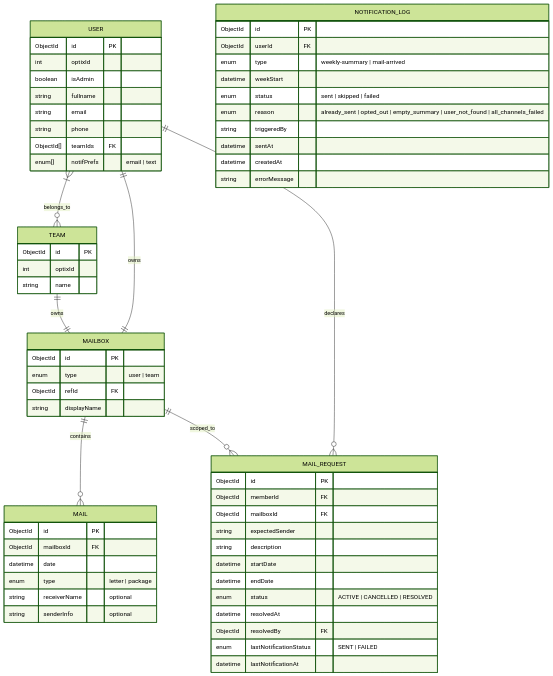
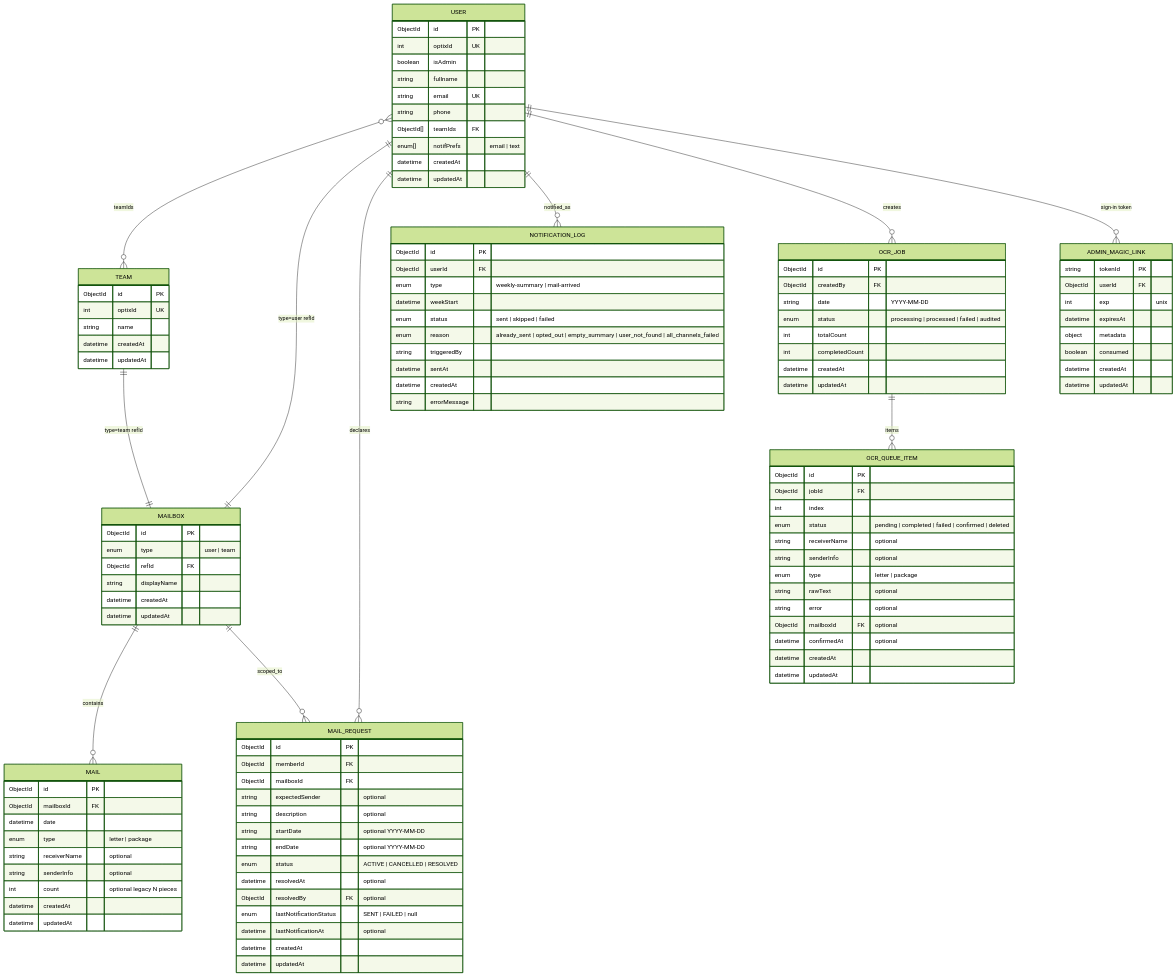
Before and after one commit to CMU-413/avenu: the diagram in docs/01-architecture/diagrams/data-model.mmd, drawn with Mermaid (forest theme). The commit also changed 2 other files, not shown here.

Commit message:
feat(ocr): unify job status to processing|processed|failed|audited
Drop the stray "completed" state from the job-level status model so the
worker, API, frontend, and diagrams all agree on one canonical set.
Item-level statuses (completed|confirmed|deleted) are unchanged.

Made-with: Cursor

```diff
--- a/docs/01-architecture/diagrams/data-model.mmd
+++ b/docs/01-architecture/diagrams/data-model.mmd
@@ -1,72 +1,131 @@
 erDiagram
 
     USER {
         ObjectId id PK
-        int optixId
+        int optixId UK
         boolean isAdmin
         string fullname
-        string email
+        string email UK
         string phone
         ObjectId[] teamIds FK
         enum[] notifPrefs "email | text"
+        datetime createdAt
+        datetime updatedAt
     }
 
     TEAM {
         ObjectId id PK
-        int optixId
+        int optixId UK
         string name
+        datetime createdAt
+        datetime updatedAt
     }
 
     MAILBOX {
         ObjectId id PK
         enum type "user | team"
         ObjectId refId FK
         string displayName
+        datetime createdAt
+        datetime updatedAt
     }
 
     MAIL {
         ObjectId id PK
         ObjectId mailboxId FK
         datetime date
         enum type "letter | package"
         string receiverName "optional"
         string senderInfo "optional"
+        int count "optional legacy N pieces"
+        datetime createdAt
+        datetime updatedAt
     }
 
     MAIL_REQUEST {
         ObjectId id PK
         ObjectId memberId FK
         ObjectId mailboxId FK
-        string expectedSender
-        string description
-        datetime startDate
-        datetime endDate
+        string expectedSender "optional"
+        string description "optional"
+        string startDate "optional YYYY-MM-DD"
+        string endDate "optional YYYY-MM-DD"
         enum status "ACTIVE | CANCELLED | RESOLVED"
-        datetime resolvedAt
-        ObjectId resolvedBy FK
-        enum lastNotificationStatus "SENT | FAILED"
-        datetime lastNotificationAt
+        datetime resolvedAt "optional"
+        ObjectId resolvedBy FK "optional"
+        enum lastNotificationStatus "SENT | FAILED | null"
+        datetime lastNotificationAt "optional"
+        datetime createdAt
+        datetime updatedAt
     }
 
     NOTIFICATION_LOG {
         ObjectId id PK
         ObjectId userId FK
         enum type "weekly-summary | mail-arrived"
         datetime weekStart
         enum status "sent | skipped | failed"
         enum reason "already_sent | opted_out | empty_summary | user_not_found | all_channels_failed"
         string triggeredBy
         datetime sentAt
         datetime createdAt
         string errorMessage
     }
 
-    %% Relationships
-    USER }|--o{ TEAM : belongs_to
+    OCR_JOB {
+        ObjectId id PK
+        ObjectId createdBy FK
+        string date "YYYY-MM-DD"
+        enum status "processing | processed | failed | audited"
+        int totalCount
+        int completedCount
+        datetime createdAt
+        datetime updatedAt
+    }
 
-    USER ||--|| MAILBOX : owns
-    TEAM ||--|| MAILBOX : owns
+    OCR_QUEUE_ITEM {
+        ObjectId id PK
+        ObjectId jobId FK
+        int index
+        enum status "pending | completed | failed | confirmed | deleted"
+        string receiverName "optional"
+        string senderInfo "optional"
+        enum type "letter | package"
+        string rawText "optional"
+        string error "optional"
+        ObjectId mailboxId FK "optional"
+        datetime confirmedAt "optional"
+        datetime createdAt
+        datetime updatedAt
+    }
+
+    ADMIN_MAGIC_LINK {
+        string tokenId PK
+        ObjectId userId FK
+        int exp "unix"
+        datetime expiresAt
+        object metadata
+        boolean consumed
+        datetime createdAt
+        datetime updatedAt
+    }
+
+    %% Relationships (MongoDB: refs are ObjectIds; uniqueness via indexes, not FK enforcement)
+
+    USER }o--o{ TEAM : "teamIds"
+
+    USER ||--|| MAILBOX : "type=user refId"
+    TEAM ||--|| MAILBOX : "type=team refId"
 
     MAILBOX ||--o{ MAIL : contains
     USER ||--o{ MAIL_REQUEST : declares
     MAILBOX ||--o{ MAIL_REQUEST : scoped_to
+
+    USER ||--o{ NOTIFICATION_LOG : notified_as
+
+    USER ||--o{ OCR_JOB : creates
+    OCR_JOB ||--o{ OCR_QUEUE_ITEM : items
+
+    USER ||--o{ ADMIN_MAGIC_LINK : "sign-in token"
+
+    %% Confirming a queue item creates a MAIL row; no stored FK from mail back to OCR_QUEUE_ITEM
```
